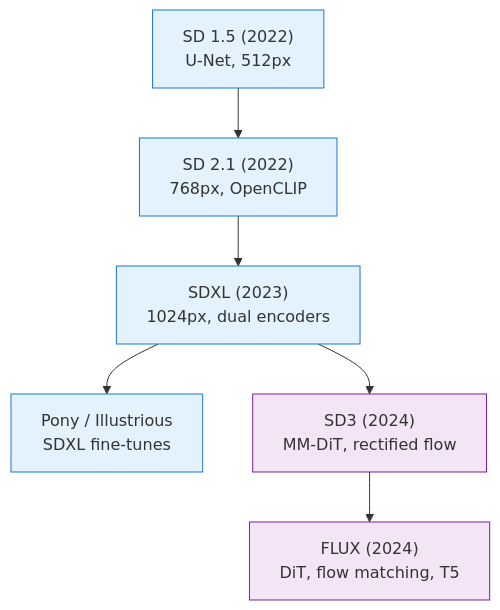
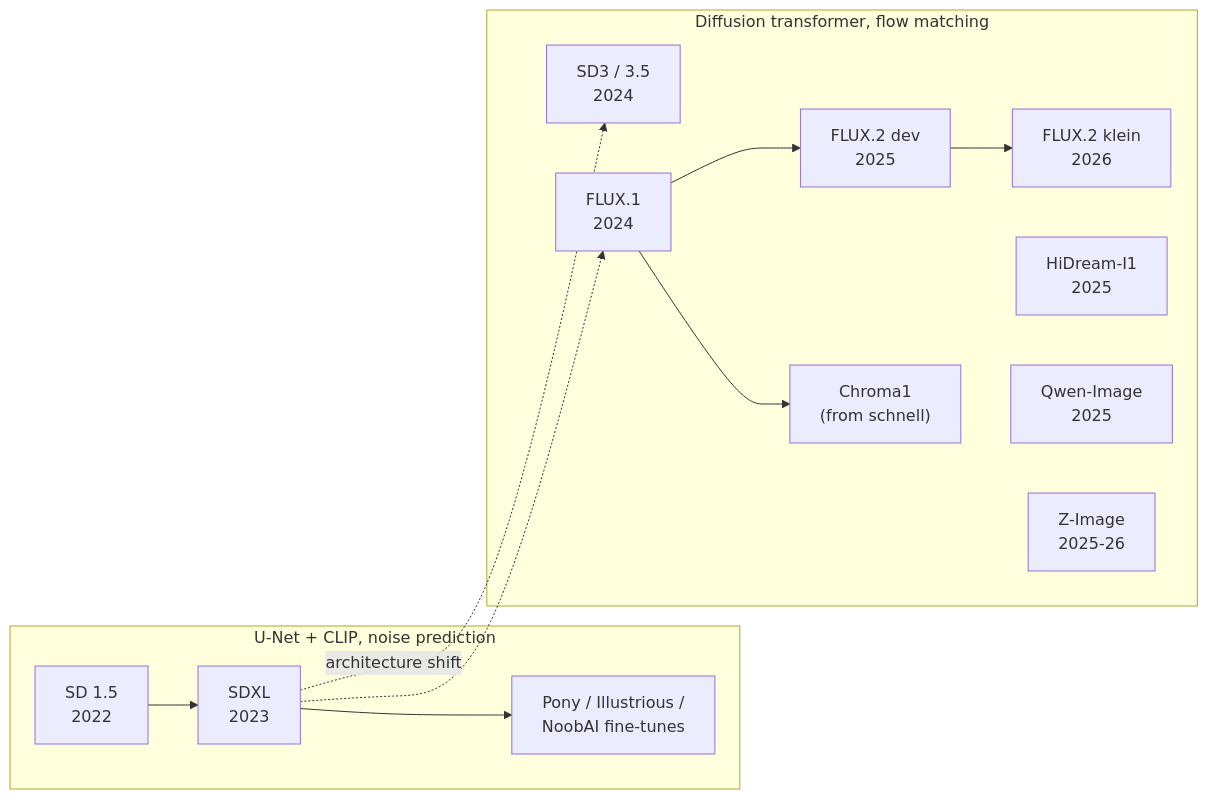
Before and after one commit to AndrewAltimit/Documentation: the first of 2 diagrams in github-pages/docs/ai-ml/base-models-comparison.md, drawn with Mermaid. The commit also changed other lines of this file and 240 other files, not shown here.

````diff
--- a/github-pages/docs/ai-ml/base-models-comparison.md
+++ b/github-pages/docs/ai-ml/base-models-comparison.md
@@ -63,12 +49,18 @@
 ```mermaid
-flowchart TD
-    SD15["SD 1.5 (2022)<br/>U-Net, 512px"] --> SD21["SD 2.1 (2022)<br/>768px, OpenCLIP"]
-    SD21 --> SDXL["SDXL (2023)<br/>1024px, dual encoders"]
-    SDXL --> Pony["Pony / Illustrious<br/>SDXL fine-tunes"]
-    SDXL --> SD3["SD3 (2024)<br/>MM-DiT, rectified flow"]
-    SD3 --> FLUX["FLUX (2024)<br/>DiT, flow matching, T5"]
-    classDef unet fill:#e3f2fd,stroke:#1976d2;
-    classDef dit fill:#f3e5f5,stroke:#7b1fa2;
-    class SD15,SD21,SDXL,Pony unet;
-    class SD3,FLUX dit;
+flowchart LR
+    subgraph UNET["U-Net + CLIP, noise prediction"]
+        SD15["SD 1.5<br/>2022"] --> SDXL["SDXL<br/>2023"]
+        SDXL --> FT["Pony / Illustrious /<br/>NoobAI fine-tunes"]
+    end
+    subgraph DIT["Diffusion transformer, flow matching"]
+        SD3["SD3 / 3.5<br/>2024"]
+        F1["FLUX.1<br/>2024"] --> F2["FLUX.2 dev<br/>2025"]
+        F2 --> KL["FLUX.2 klein<br/>2026"]
+        F1 --> CH["Chroma1<br/>(from schnell)"]
+        HD["HiDream-I1<br/>2025"]
+        QI["Qwen-Image<br/>2025"]
+        ZI["Z-Image<br/>2025-26"]
+    end
+    SDXL -.->|"architecture shift"| SD3
+    SDXL -.-> F1
 ```
````
